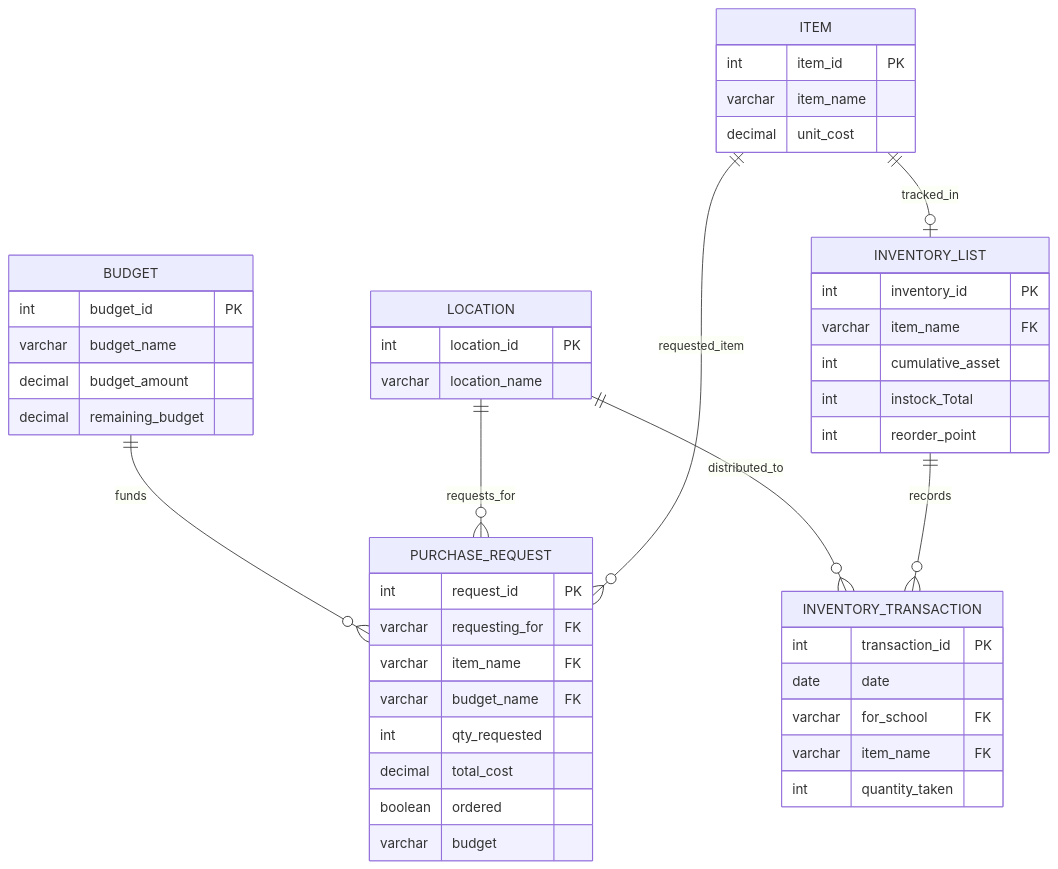
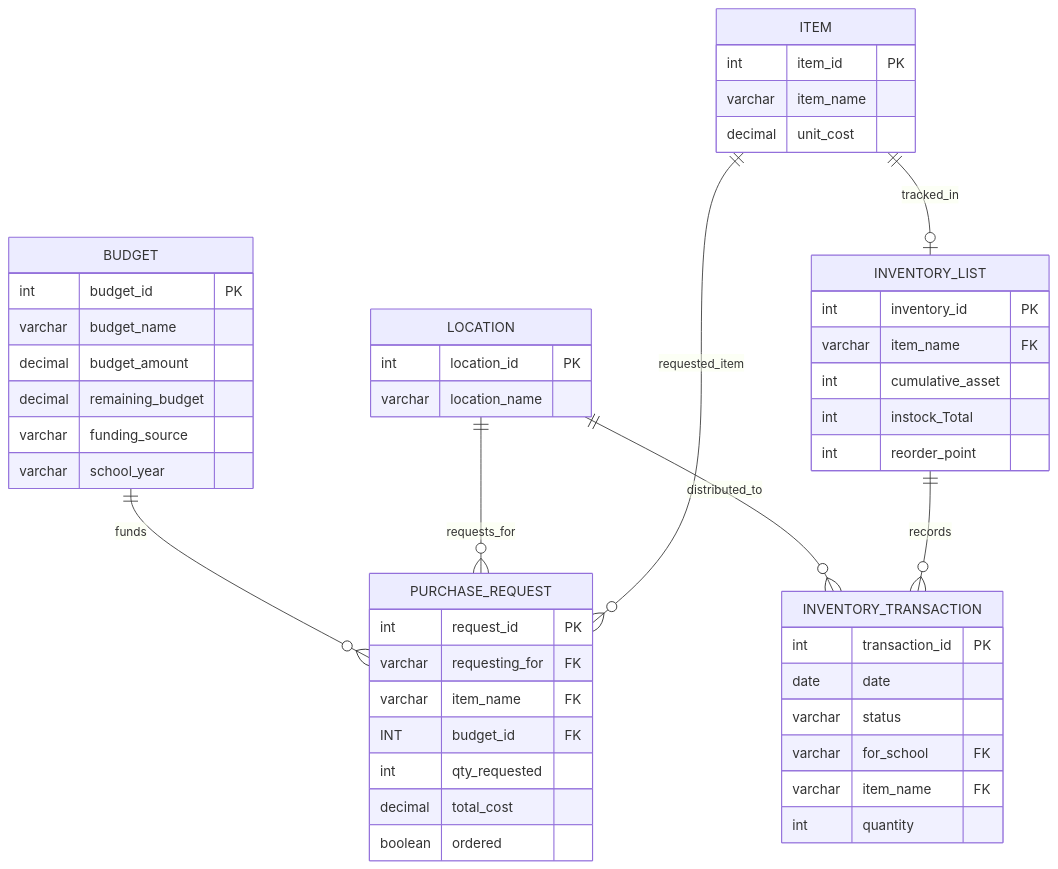
The first of 2 diagrams in README.md (CrisOrnelas99/Garden-Database), drawn with Mermaid before and after one commit.

Commit message:
Update database schema with new fields and references
Added funding_source and school_year to BUDGET table, updated PURCHASE_REQUEST to reference budget_id, and modified INVENTORY_TRANSACTION to include status and quantity.

````diff
--- a/README.md
+++ b/README.md
@@ -30,58 +30,60 @@
 ```mermaid
 erDiagram
 
     BUDGET ||--o{ PURCHASE_REQUEST : funds
 
     LOCATION ||--o{ PURCHASE_REQUEST : requests_for
     LOCATION ||--o{ INVENTORY_TRANSACTION : distributed_to
 
     ITEM ||--o{ PURCHASE_REQUEST : requested_item
     ITEM ||--o| INVENTORY_LIST : tracked_in
 
     INVENTORY_LIST ||--o{ INVENTORY_TRANSACTION : records
 
     BUDGET {
         int budget_id PK
         varchar budget_name
         decimal budget_amount
         decimal remaining_budget
+        varchar funding_source
+        varchar school_year
     }
 
     LOCATION {
         int location_id PK
         varchar location_name
     }
 
     ITEM {
         int item_id PK
         varchar item_name
         decimal unit_cost
     }
 
     INVENTORY_LIST {
         int inventory_id PK
         varchar item_name FK
         int cumulative_asset
         int instock_Total
         int reorder_point
     }
 
     PURCHASE_REQUEST {
         int request_id PK
         varchar requesting_for FK
         varchar item_name FK
-        varchar budget_name FK
+        INT budget_id FK
         int qty_requested
         decimal total_cost
         boolean ordered
-        varchar budget
     }
 
     INVENTORY_TRANSACTION {
         int transaction_id PK
         date date
+        varchar status
         varchar for_school FK
         varchar item_name FK
-        int quantity_taken
+        int quantity
     }
 ```
````
